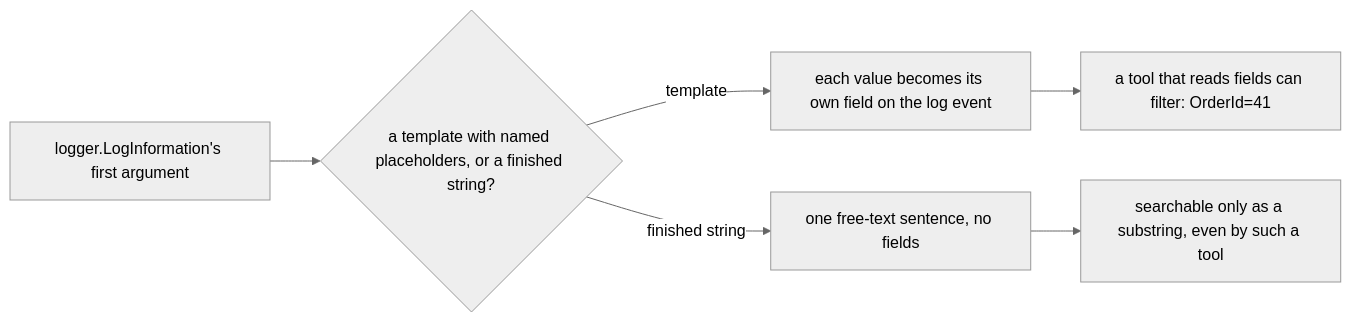
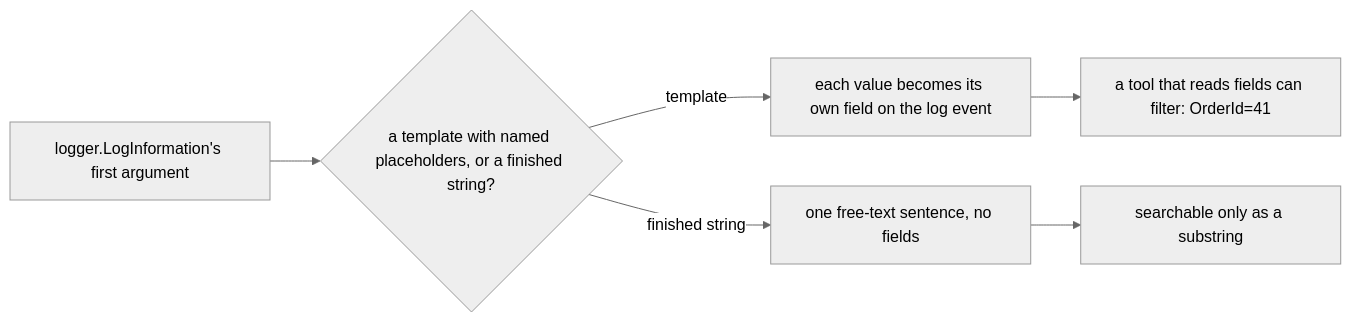
Before and after one commit to duyan11110/lo-trinh-architect: the diagram in content/tracks/backend/validation-errors-logging/backend.l1.structured-logging.en.md, drawn with Mermaid (neutral theme). The commit also changed other lines of this file and 2 other files, not shown here.

````diff
--- a/content/tracks/backend/validation-errors-logging/backend.l1.structured-logging.en.md
+++ b/content/tracks/backend/validation-errors-logging/backend.l1.structured-logging.en.md
@@ -41,8 +41,8 @@
 ```mermaid
 flowchart LR
   A[logger.LogInformation's first argument] --> B{a template with named placeholders, or a finished string?}
   B -->|template| C[each value becomes its own field on the log event]
   C --> D[a tool that reads fields can filter: OrderId=41]
   B -->|finished string| E[one free-text sentence, no fields]
-  E --> F[searchable only as a substring, even by such a tool]
+  E --> F[searchable only as a substring]
 ```
````
